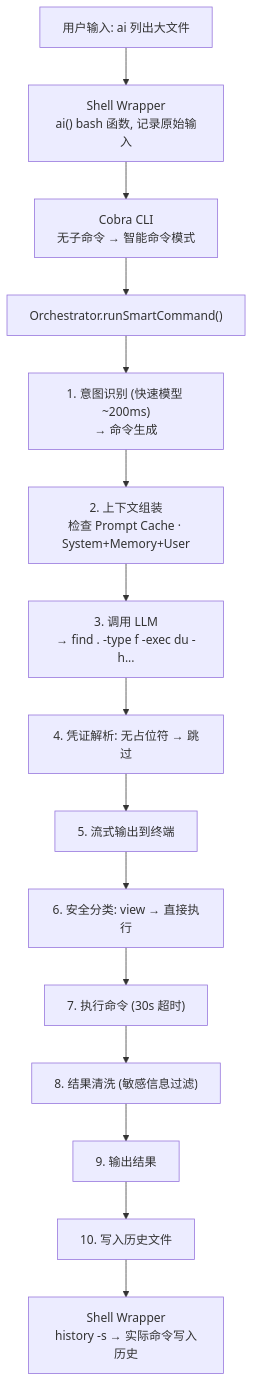
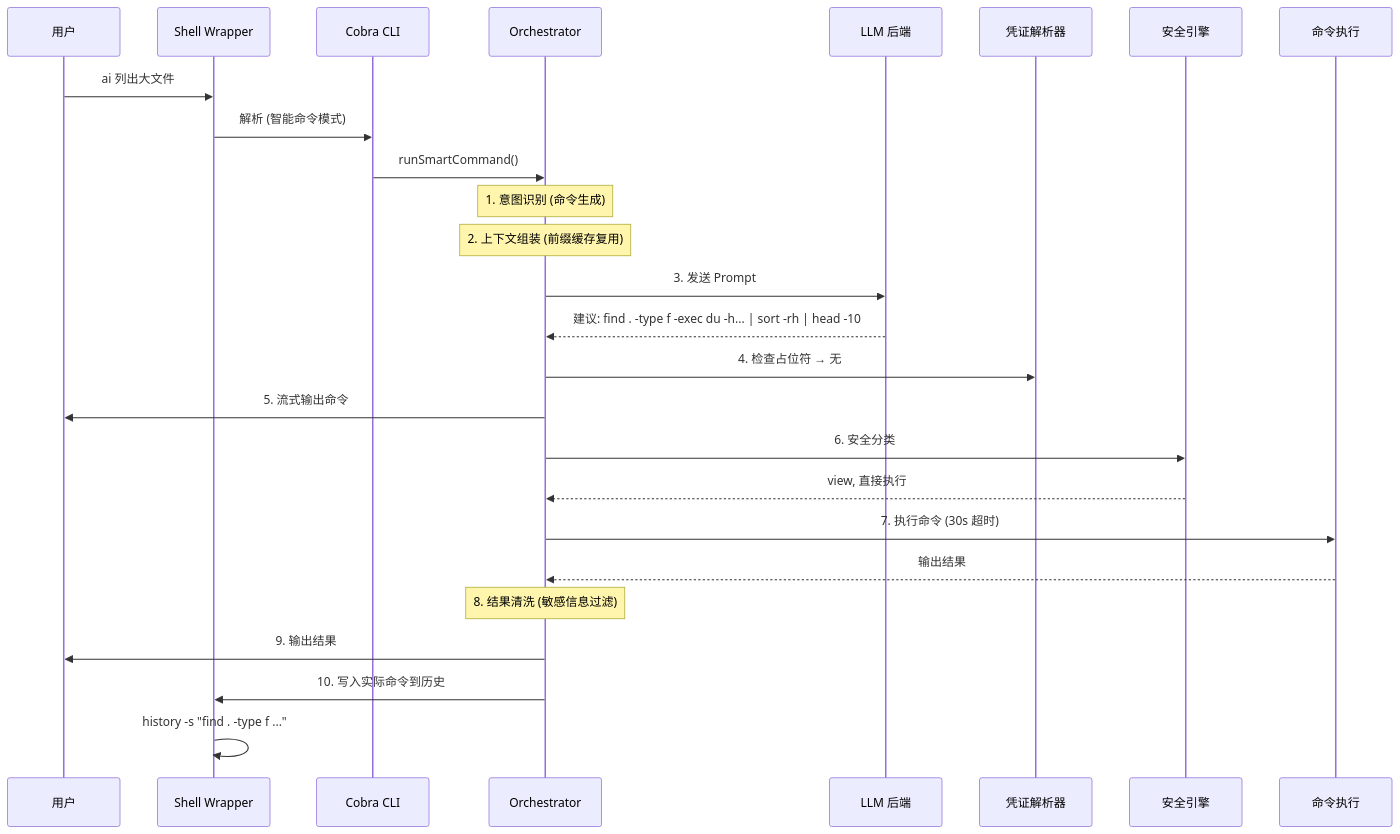
The ninth of 9 diagrams in docs/plan.md (LingNc/aicli), drawn with Mermaid before and after one commit. The commit also changed other lines of this file, not shown here.

````diff
--- a/docs/plan.md
+++ b/docs/plan.md
@@ -894,19 +994,34 @@
 ```mermaid
-flowchart TD
-    A["用户输入: ai 列出大文件"] --> B["Shell Wrapper<br/>ai() bash 函数, 记录原始输入"]
-    B --> C["Cobra CLI<br/>无子命令 → 智能命令模式"]
-    C --> D["Orchestrator.runSmartCommand()"]
+sequenceDiagram
+    participant User as 用户
+    participant SW as Shell Wrapper
+    participant CLI as Cobra CLI
+    participant Orch as Orchestrator
+    participant LLM as LLM 后端
+    participant CR as 凭证解析器
+    participant SE as 安全引擎
+    participant Exec as 命令执行
 
-    D --> D1["1. 意图识别 (快速模型 ~200ms)<br/>→ 命令生成"]
-    D1 --> D2["2. 上下文组装<br/>检查 Prompt Cache · System+Memory+User"]
-    D2 --> D3["3. 调用 LLM<br/>→ find . -type f -exec du -h..."]
-    D3 --> D4["4. 凭证解析: 无占位符 → 跳过"]
-    D4 --> D5["5. 流式输出到终端"]
-    D5 --> D6["6. 安全分类: view → 直接执行"]
-    D6 --> D7["7. 执行命令 (30s 超时)"]
-    D7 --> D8["8. 结果清洗 (敏感信息过滤)"]
-    D8 --> D9["9. 输出结果"]
-    D9 --> D10["10. 写入历史文件"]
+    User->>SW: ai 列出大文件
+    SW->>CLI: 解析 (智能命令模式)
+    CLI->>Orch: runSmartCommand()
 
-    D10 --> E["Shell Wrapper<br/>history -s → 实际命令写入历史"]
+    Note over Orch: 1. 意图识别 (命令生成)
+    Note over Orch: 2. 上下文组装 (前缀缓存复用)
+
+    Orch->>LLM: 3. 发送 Prompt
+    LLM-->>Orch: 建议: find . -type f -exec du -h... | sort -rh | head -10
+
+    Orch->>CR: 4. 检查占位符 → 无
+    Orch->>User: 5. 流式输出命令
+    Orch->>SE: 6. 安全分类
+    SE-->>Orch: view, 直接执行
+
+    Orch->>Exec: 7. 执行命令 (30s 超时)
+    Exec-->>Orch: 输出结果
+
+    Note over Orch: 8. 结果清洗 (敏感信息过滤)
+    Orch->>User: 9. 输出结果
+    Orch->>SW: 10. 写入实际命令到历史
+    SW->>SW: history -s "find . -type f ..."
 ```
````
